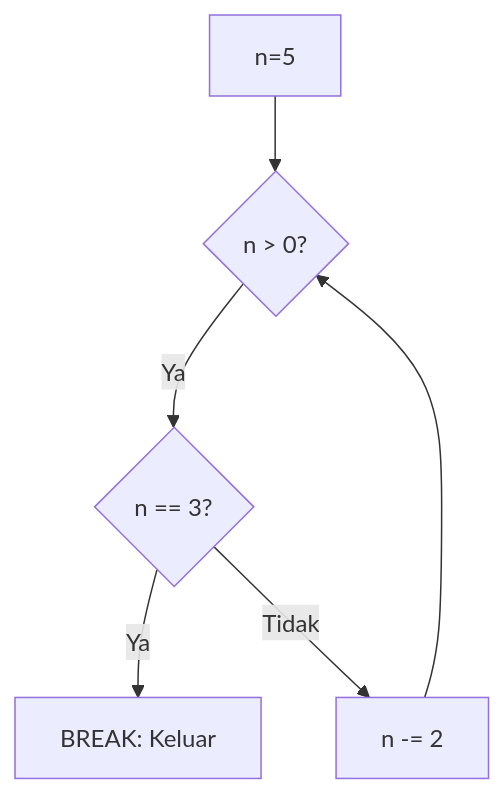
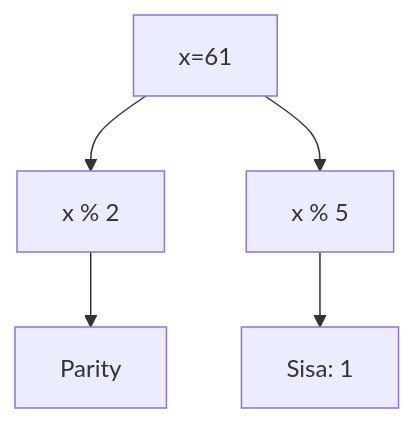
Before and after one commit to amnahwaida/OSNK_INF_PREP: diagram 11 of 25 in part-c-pemahaman-cpp/03-perulangan/latihan/set-10.md, drawn with Mermaid. The commit also changed other lines of this file and 71 other files, not shown here.

````diff
--- a/part-c-pemahaman-cpp/03-perulangan/latihan/set-10.md
+++ b/part-c-pemahaman-cpp/03-perulangan/latihan/set-10.md
@@ -339,8 +329,7 @@
 ```mermaid
 graph TD
-    A[n=5] --> B{n > 0?}
-    B -- Ya --> C{n == 3?}
-    C -- Ya --> D[BREAK: Keluar]
-    C -- Tidak --> E[n -= 2]
-    E --> B
+A[x=61] --> B[x % 2]
+B --> C[Parity]
+A --> D[x % 5]
+D --> E[Sisa: 1]
 ```
````
